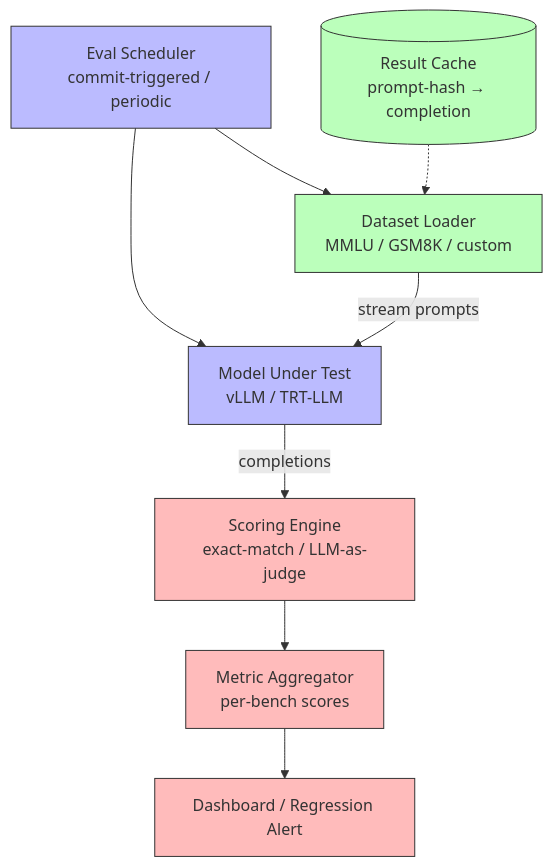
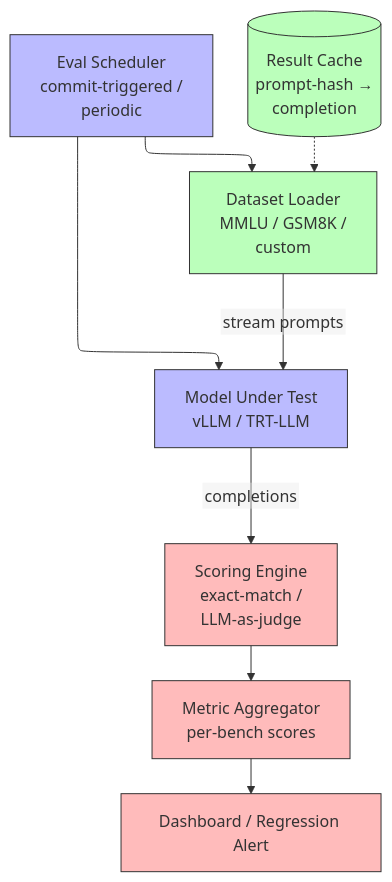
Before and after one commit to Wty2003328/ai_infra_intro: the sixth of 7 diagrams in ai_infra/interview_prep/System_Design_Interview.md, drawn with Mermaid. The commit also changed other lines of this file and 108 other files, not shown here.

````diff
--- a/ai_infra/interview_prep/System_Design_Interview.md
+++ b/ai_infra/interview_prep/System_Design_Interview.md
@@ -401,15 +406,16 @@
 ```mermaid
+%%{init: {"flowchart": {"defaultRenderer": "elk", "nodeSpacing": 60, "rankSpacing": 60, "htmlLabels": false}}}%%
 flowchart TB
     classDef runner fill:#bbf,stroke:#333,stroke-width:1px
     classDef data fill:#bfb,stroke:#333,stroke-width:1px
     classDef score fill:#fbb,stroke:#333,stroke-width:1px
 
-    Scheduler[Eval Scheduler\ncommit-triggered / periodic]:::runner
+    Scheduler[Eval Scheduler\ncommit-triggered /<br/>periodic]:::runner
     Scheduler --> MU[Model Under Test\nvLLM / TRT-LLM]:::runner
-    Scheduler --> DL[Dataset Loader\nMMLU / GSM8K / custom]:::data
+    Scheduler --> DL[Dataset Loader\nMMLU / GSM8K /<br/>custom]:::data
     DL -->|stream prompts| MU
-    MU -->|completions| Judge[Scoring Engine\nexact-match / LLM-as-judge]:::score
+    MU -->|completions| Judge[Scoring Engine\nexact-match /<br/>LLM-as-judge]:::score
     Judge --> Agg[Metric Aggregator\nper-bench scores]:::score
     Agg --> Dash[Dashboard / Regression Alert]:::score
-    Cache[(Result Cache\nprompt-hash → completion)]:::data -.-> DL
+    Cache[(Result Cache\nprompt-hash →<br/>completion)]:::data -.-> DL
 ```
````
